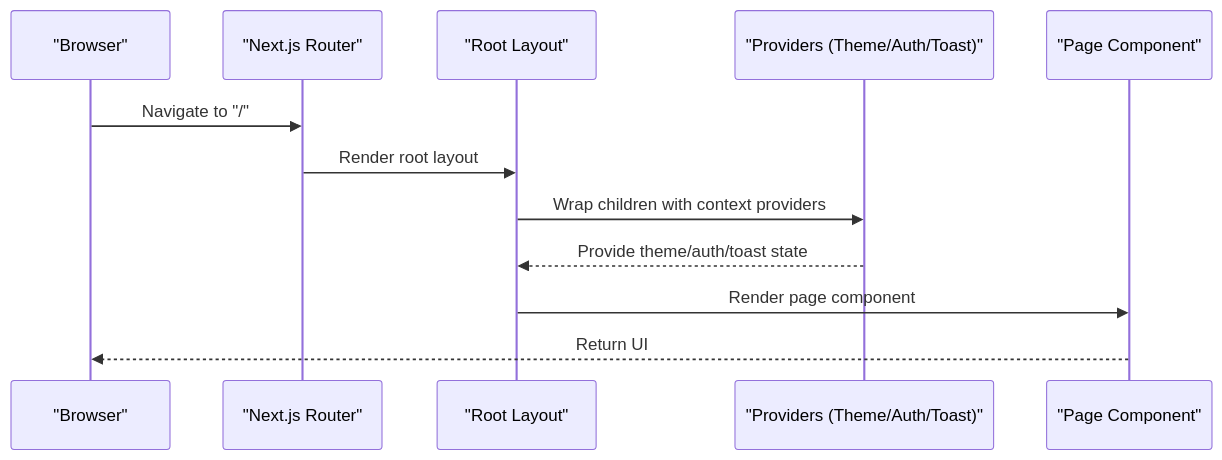
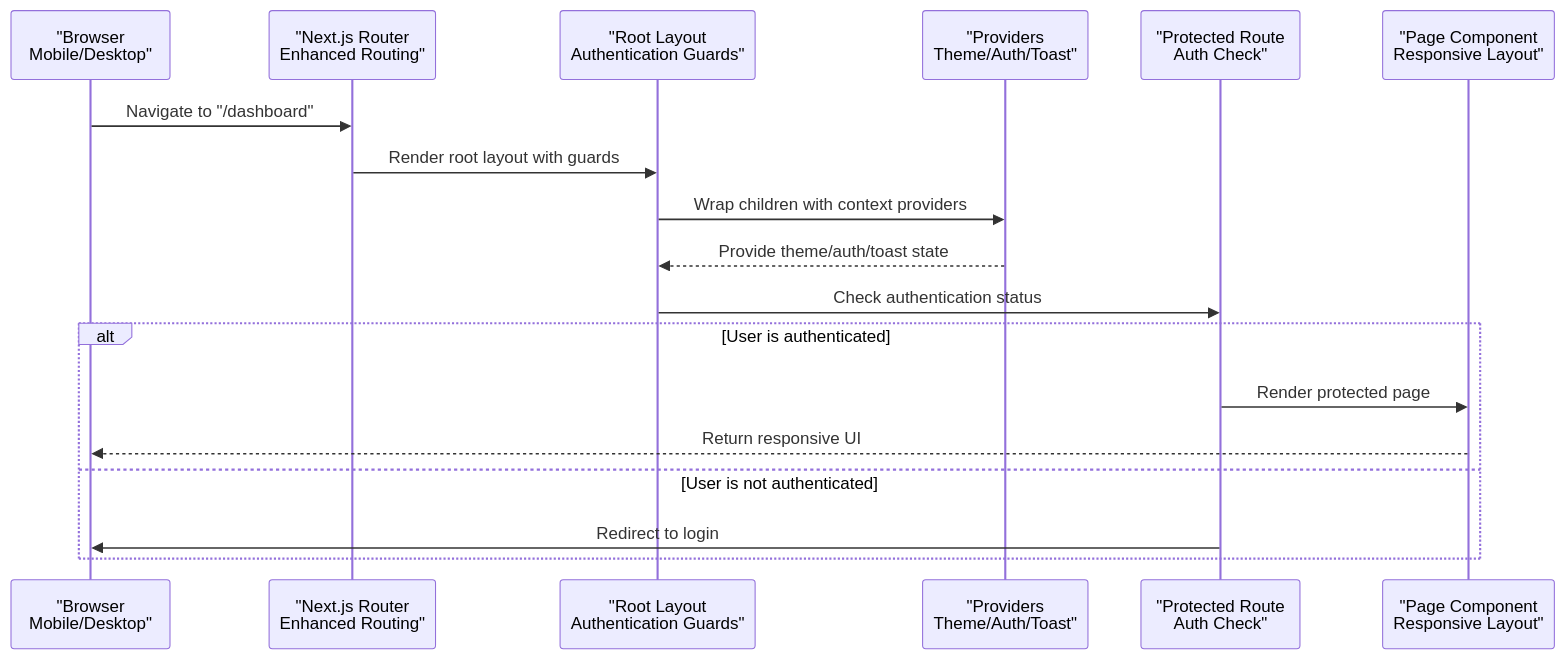
One commit to HassanAmeer/cheaprouter changed the third of 9 diagrams in .qoder/repowiki/en/content/Frontend Architecture/Frontend Architecture.md. Above: the diagram before and after it, drawn with Mermaid. The commit also changed other lines of this file and 54 other files, not shown here.

````diff
--- a/.qoder/repowiki/en/content/Frontend Architecture/Frontend Architecture.md
+++ b/.qoder/repowiki/en/content/Frontend Architecture/Frontend Architecture.md
@@ -272,14 +287,20 @@
 ```mermaid
 sequenceDiagram
-participant Browser as "Browser"
-participant Next as "Next.js Router"
-participant Root as "Root Layout"
-participant Providers as "Providers (Theme/Auth/Toast)"
-participant Page as "Page Component"
-Browser->>Next : Navigate to "/"
-Next->>Root : Render root layout
+participant Browser as "Browser<br/>Mobile/Desktop"
+participant Next as "Next.js Router<br/>Enhanced Routing"
+participant Root as "Root Layout<br/>Authentication Guards"
+participant Providers as "Providers<br/>Theme/Auth/Toast"
+participant ProtectedRoute as "Protected Route<br/>Auth Check"
+participant Page as "Page Component<br/>Responsive Layout"
+Browser->>Next : Navigate to "/dashboard"
+Next->>Root : Render root layout with guards
 Root->>Providers : Wrap children with context providers
 Providers-->>Root : Provide theme/auth/toast state
-Root->>Page : Render page component
-Page-->>Browser : Return UI
+Root->>ProtectedRoute : Check authentication status
+alt User is authenticated
+ProtectedRoute->>Page : Render protected page
+Page-->>Browser : Return responsive UI
+else User is not authenticated
+ProtectedRoute->>Browser : Redirect to login
+end
 ```
````
